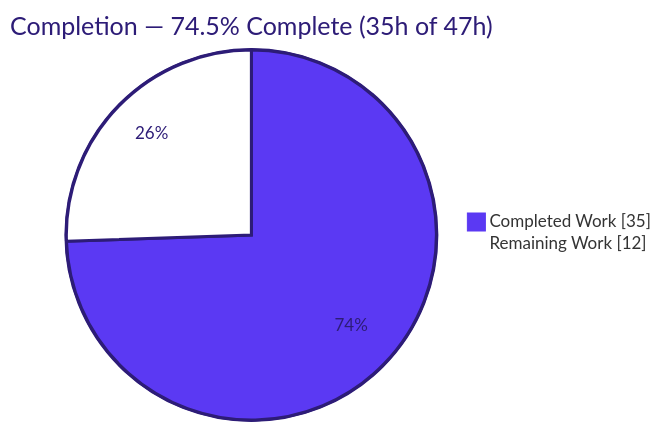
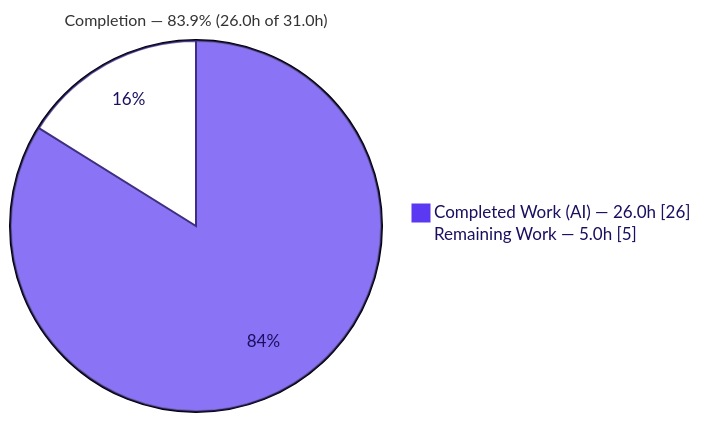
Before and after one commit to blitzy-public-samples/blitzy-WebVella-ERP: the first of 3 diagrams in blitzy/documentation/Project Guide.md, drawn with Mermaid. The commit also changed other lines of this file, not shown here.

Commit message:
Adding Blitzy Project Guide: Project Status and Human Tasks Remaining

````diff
--- a/blitzy/documentation/Project Guide.md
+++ b/blitzy/documentation/Project Guide.md
@@ -17,6 +17,7 @@
 ```mermaid
-%%{init: {'theme':'base', 'themeVariables': {'pie1':'#5B39F3','pie2':'#FFFFFF','pieStrokeColor':'#2D1C77','pieOuterStrokeColor':'#2D1C77','pieTitleTextColor':'#2D1C77','pieSectionTextColor':'#2D1C77','pieStrokeWidth':'3px','pieOpacity':'1'}}}%%
-pie showData title Completion — 74.5% Complete (35h of 47h)
-    "Completed Work" : 35
-    "Remaining Work" : 12
+%%{init: {'theme':'base','themeVariables':{'pie1':'#5B39F3','pie2':'#FFFFFF','pieStroke':'#2D1C77','pieStrokeColor':'#2D1C77','pieOuterStrokeWidth':'2px','pieSectionTextColor':'#1A105F','pieLegendTextColor':'#1A105F','pieTitleTextSize':'16px'}}}%%
+pie showData
+    title Completion — 83.9% (26.0h of 31.0h)
+    "Completed Work (AI) — 26.0h" : 26
+    "Remaining Work — 5.0h" : 5
 ```
````
